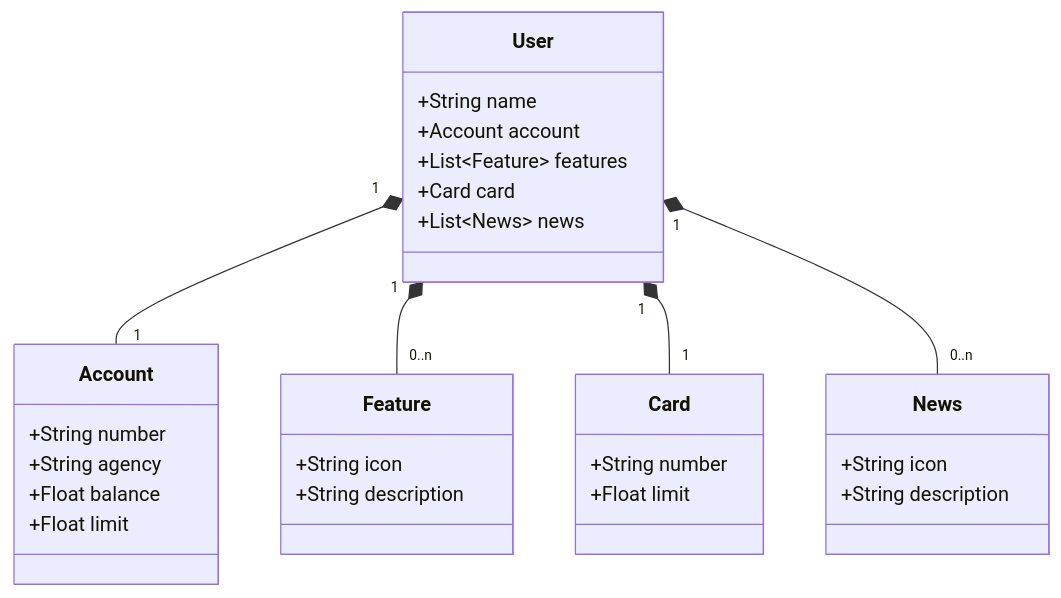
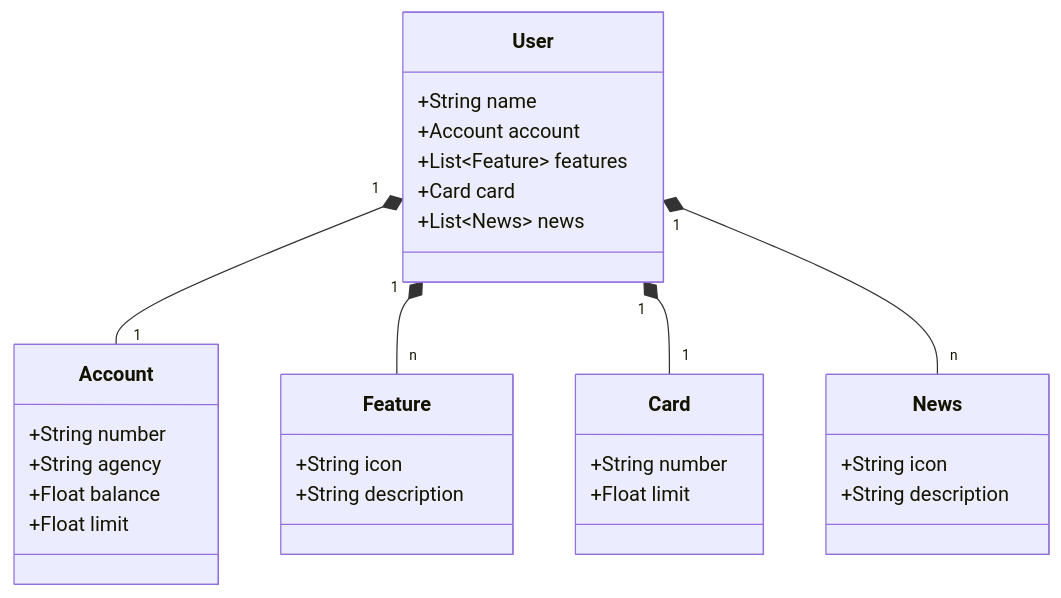
One commit to lettymoon/dio-decola-tech-avanade-2025 changed the diagram in 01-API_REST/README.md. Above: the diagram before and after it, drawn with Mermaid.

````diff
--- a/01-API_REST/README.md
+++ b/01-API_REST/README.md
@@ -3,37 +3,37 @@
 ```mermaid
 classDiagram
     class User {
         +String name
         +Account account
         +List~Feature~ features
         +Card card
         +List~News~ news
     }
 
     class Account {
         +String number
         +String agency
         +Float balance
         +Float limit
     }
 
     class Feature {
         +String icon
         +String description
     }
 
     class Card {
         +String number
         +Float limit
     }
 
     class News {
         +String icon
         +String description
     }
 
     User "1" *-- "1" Account
-    User "1" *-- "0..n" Feature
+    User "1" *-- "n" Feature
     User "1" *-- "1" Card
-    User "1" *-- "0..n" News
+    User "1" *-- "n" News
 ```
````
